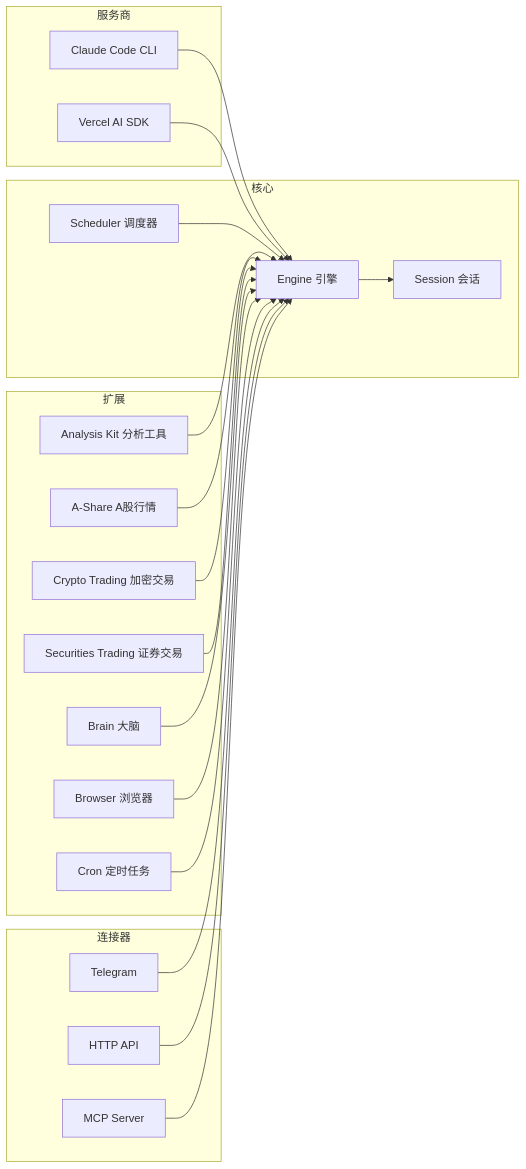
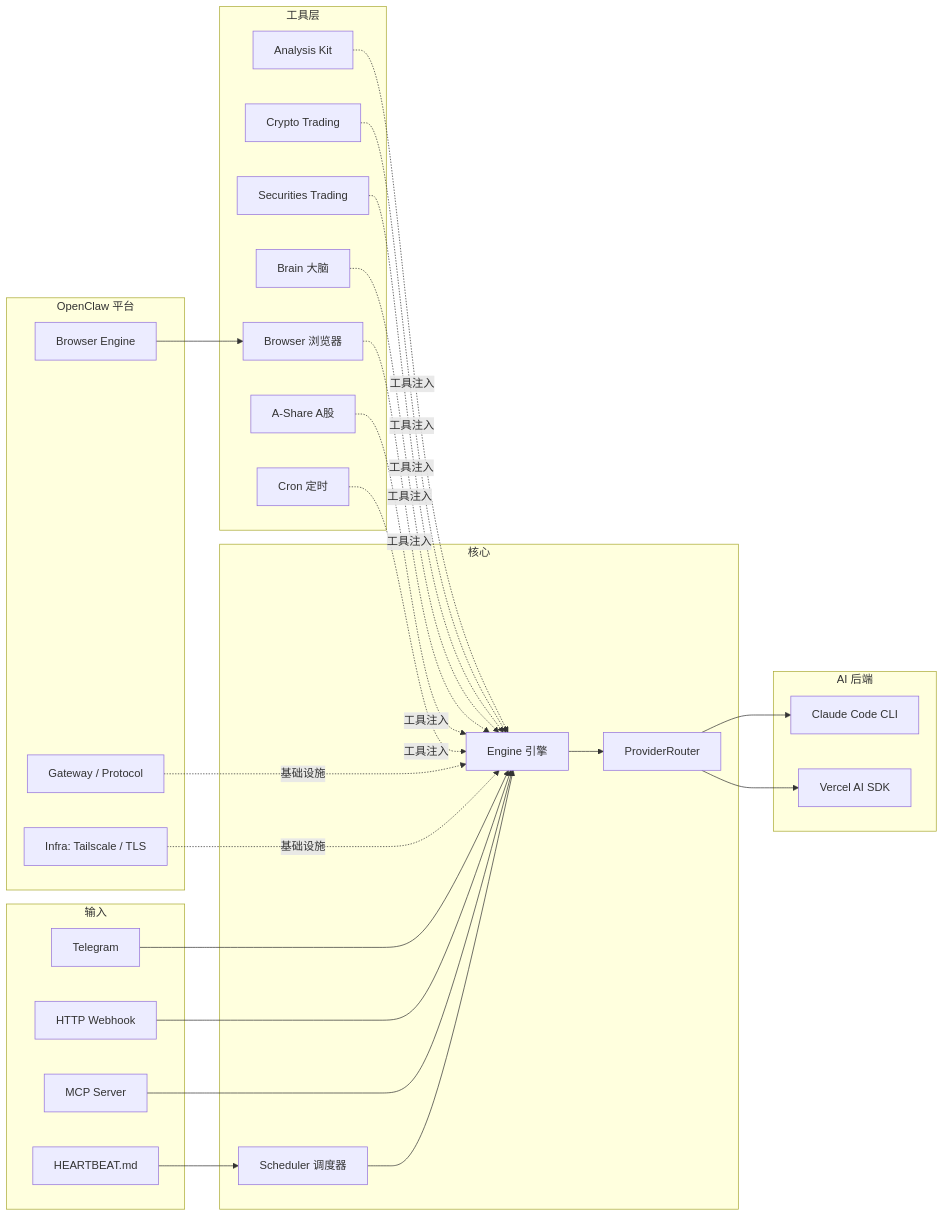
The diagram in README.md (imsatoshi/TradeClaw), drawn with Mermaid before and after one commit. The commit also changed other lines of this file, not shown here.

````diff
--- a/README.md
+++ b/README.md
@@ -30,44 +30,44 @@
 ```mermaid
 graph LR
-  subgraph 服务商
-    CC[Claude Code CLI]
-    VS[Vercel AI SDK]
+  subgraph 输入
+    TG[Telegram]
+    HTTP[HTTP Webhook]
+    MCP[MCP Server]
+    HB[HEARTBEAT.md]
   end
 
   subgraph 核心
+    SC[Scheduler 调度器]
     E[Engine 引擎]
-    S[Session 会话]
-    SC[Scheduler 调度器]
+    PR[ProviderRouter]
   end
 
-  subgraph 扩展
-    AK[Analysis Kit 分析工具]
-    AS[A-Share A股行情]
-    CT[Crypto Trading 加密交易]
-    ST[Securities Trading 证券交易]
+  subgraph AI 后端
+    VS[Vercel AI SDK]
+    CC[Claude Code CLI]
+  end
+
+  subgraph 工具层
+    AK[Analysis Kit]
+    CT[Crypto Trading]
+    ST[Securities Trading]
     BR[Brain 大脑]
     BW[Browser 浏览器]
-    CR[Cron 定时任务]
+    AS[A-Share A股]
+    CR[Cron 定时]
   end
 
-  subgraph 连接器
-    TG[Telegram]
-    HTTP[HTTP API]
-    MCP[MCP Server]
+  subgraph OpenClaw 平台
+    OB[Browser Engine]
+    OG[Gateway / Protocol]
+    OI[Infra: Tailscale / TLS]
   end
 
-  CC --> E
-  VS --> E
-  E --> S
-  SC --> E
-  AK --> E
-  AS --> E
-  CT --> E
-  ST --> E
-  BR --> E
-  BW --> E
-  CR --> E
-  TG --> E
-  HTTP --> E
-  MCP --> E
+  HB --> SC --> E
+  TG & HTTP & MCP --> E
+  E --> PR
+  PR --> VS & CC
+  AK & CT & ST & BR & BW & AS & CR -.工具注入.-> E
+  OB --> BW
+  OG & OI -.基础设施.-> E
 ```
````
